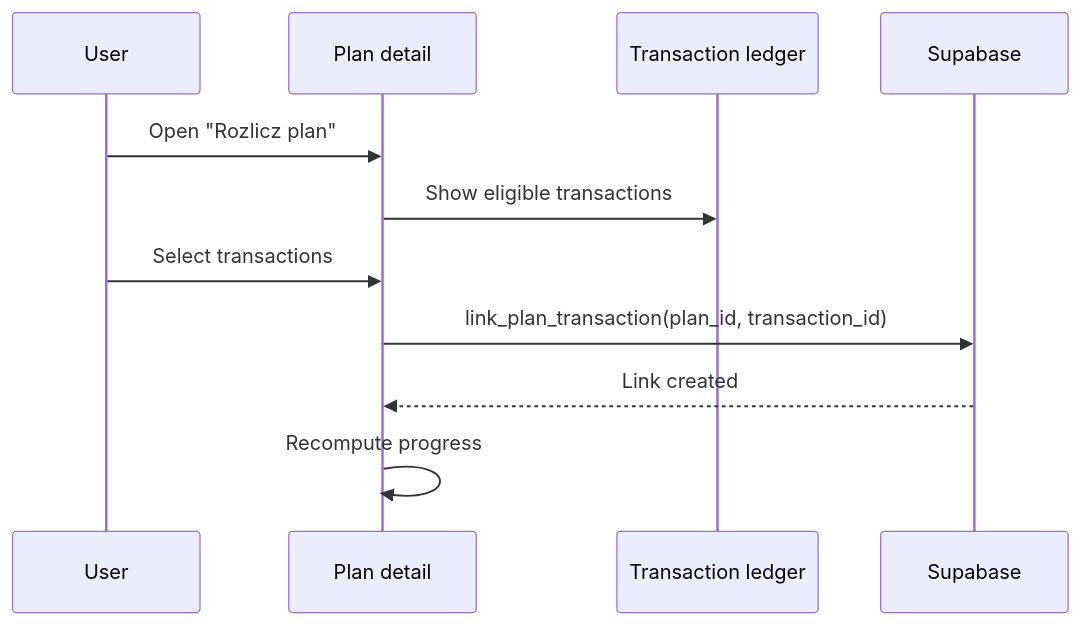
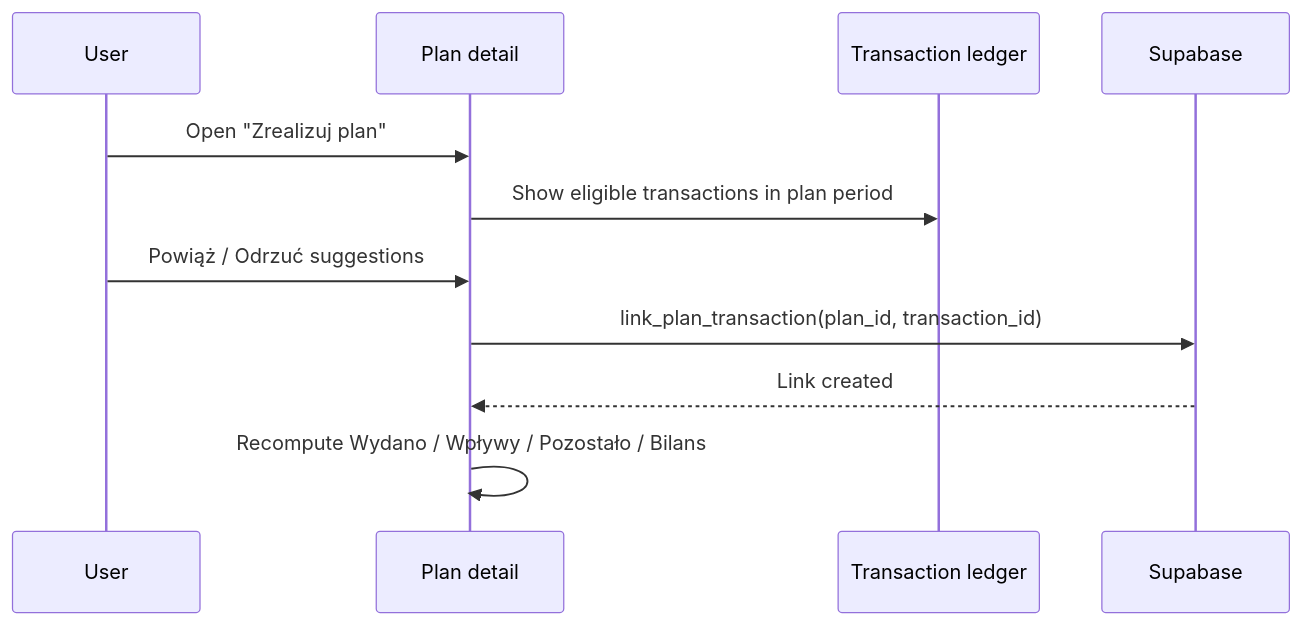
The diagram in docs/architecture/flows/plan-settlement.md (adrianghub/portfelik), drawn with Mermaid before and after one commit. The commit also changed other lines of this file and 86 other files, not shown here.

````diff
--- a/docs/architecture/flows/plan-settlement.md
+++ b/docs/architecture/flows/plan-settlement.md
@@ -10,14 +10,14 @@
 ```mermaid
 sequenceDiagram
   participant User
   participant Plan as Plan detail
   participant Tx as Transaction ledger
   participant DB as Supabase
 
-  User->>Plan: Open "Rozlicz plan"
-  Plan->>Tx: Show eligible transactions
-  User->>Plan: Select transactions
+  User->>Plan: Open "Zrealizuj plan"
+  Plan->>Tx: Show eligible transactions in plan period
+  User->>Plan: Powiąż / Odrzuć suggestions
   Plan->>DB: link_plan_transaction(plan_id, transaction_id)
   DB-->>Plan: Link created
-  Plan->>Plan: Recompute progress
+  Plan->>Plan: Recompute Wydano / Wpływy / Pozostało / Bilans
 ```
````
